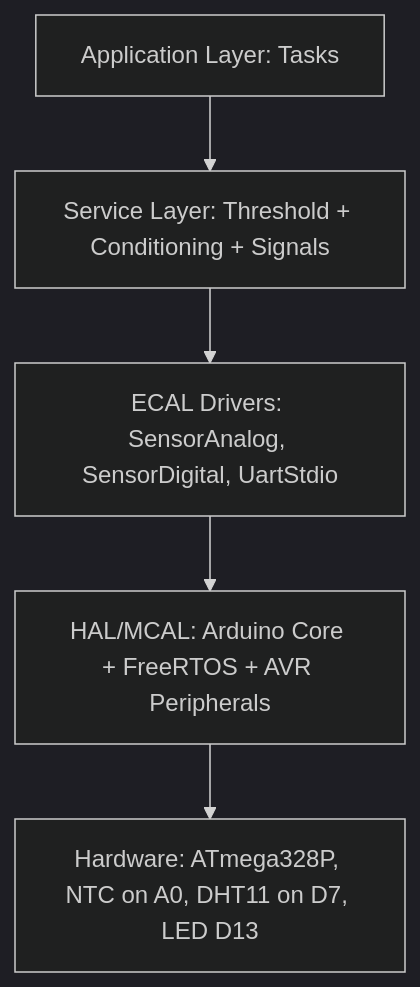
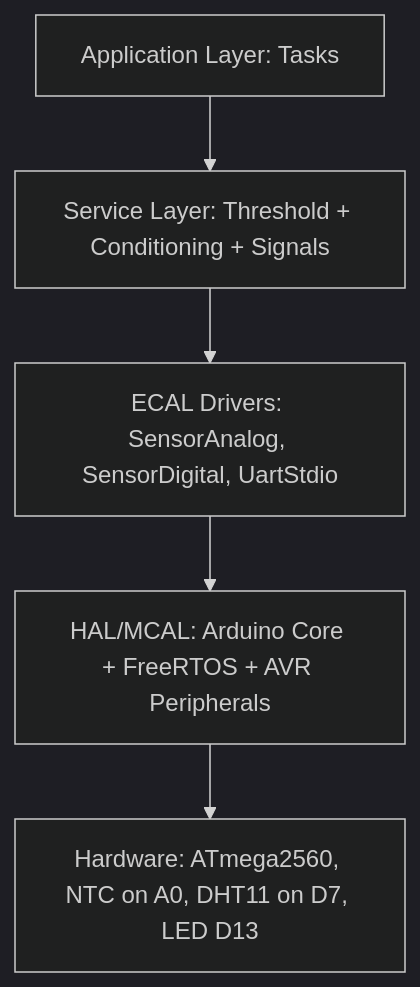
Before and after one commit to vvtttvv/Labortory-3-Embeded-System: the second of 4 diagrams in docs/ARCHITECTURE.md, drawn with Mermaid (dark theme). The commit also changed 193 other files, not shown here.

````diff
--- a/docs/ARCHITECTURE.md
+++ b/docs/ARCHITECTURE.md
@@ -32,7 +32,7 @@
 ```mermaid
 graph TD
   L4[Application Layer: Tasks] --> L3[Service Layer: Threshold + Conditioning + Signals]
   L3 --> L2[ECAL Drivers: SensorAnalog, SensorDigital, UartStdio]
   L2 --> L1[HAL/MCAL: Arduino Core + FreeRTOS + AVR Peripherals]
-  L1 --> L0[Hardware: ATmega328P, NTC on A0, DHT11 on D7, LED D13]
+  L1 --> L0[Hardware: ATmega2560, NTC on A0, DHT11 on D7, LED D13]
 ```
````
